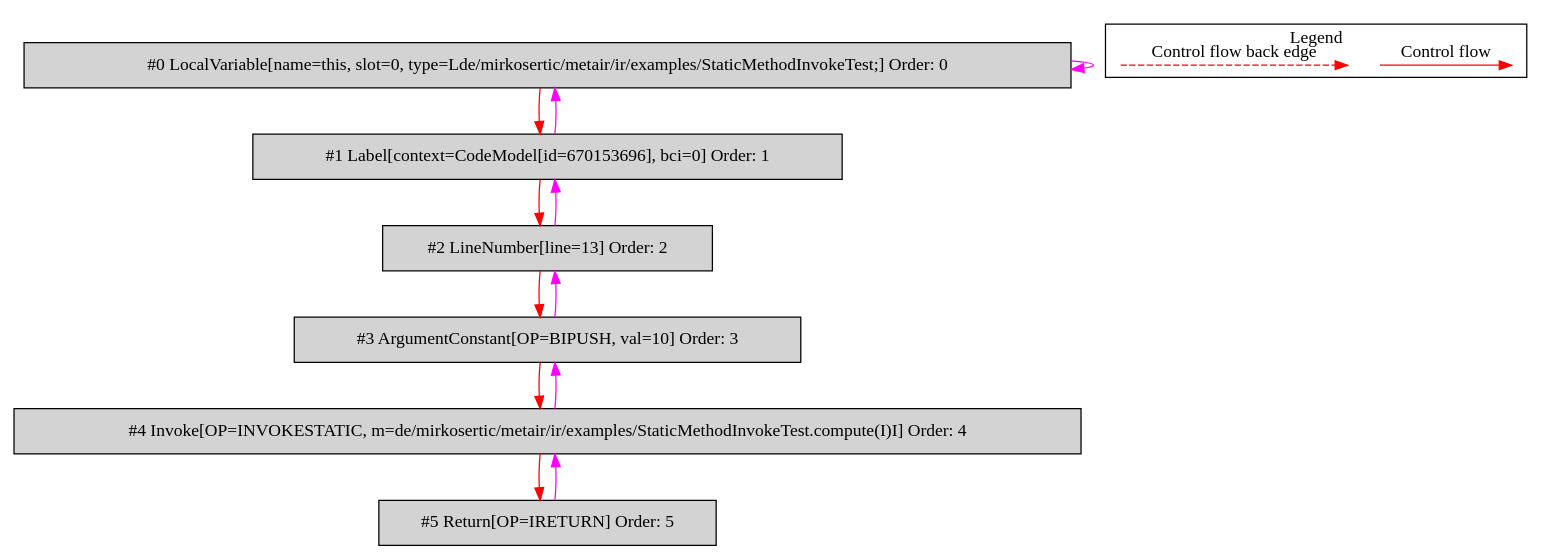
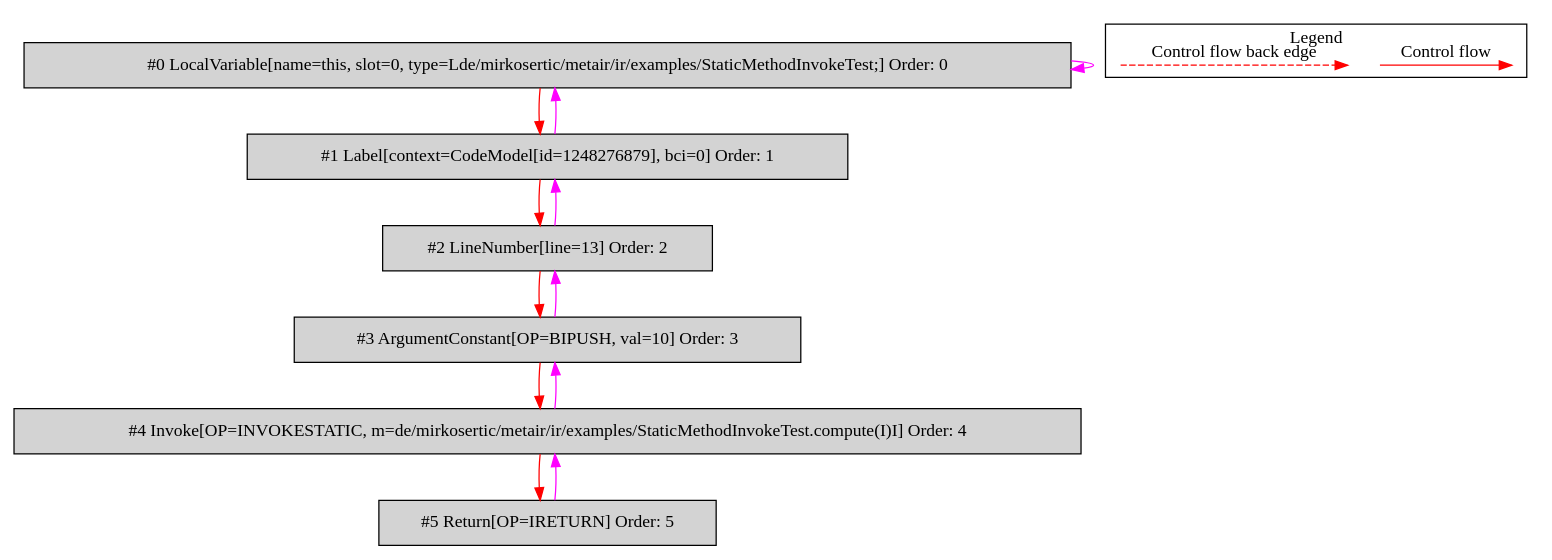
The diagram in de.mirkosertic.metair.ir.examples.StaticMethodInvokeTest/staticInvocationInMember/bytecodecfg.dot (mirkosertic/MetaIR), drawn with Graphviz before and after one commit. The commit also changed 1222 other files, not shown here.

```diff
--- a/de.mirkosertic.metair.ir.examples.StaticMethodInvokeTest/staticInvocationInMember/bytecodecfg.dot
+++ b/de.mirkosertic.metair.ir.examples.StaticMethodInvokeTest/staticInvocationInMember/bytecodecfg.dot
@@ -1,34 +1,34 @@
 digraph {
  ordering="in";
  node0[label="#0 LocalVariable[name=this, slot=0, type=Lde/mirkosertic/metair/ir/examples/StaticMethodInvokeTest;] Order: 0", shape=box, fillcolor=lightgrey, style=filled];
- node1[label="#1 Label[context=CodeModel[id=670153696], bci=0] Order: 1", shape=box, fillcolor=lightgrey, style=filled];
+ node1[label="#1 Label[context=CodeModel[id=1248276879], bci=0] Order: 1", shape=box, fillcolor=lightgrey, style=filled];
  node2[label="#2 LineNumber[line=13] Order: 2", shape=box, fillcolor=lightgrey, style=filled];
  node3[label="#3 ArgumentConstant[OP=BIPUSH, val=10] Order: 3", shape=box, fillcolor=lightgrey, style=filled];
  node4[label="#4 Invoke[OP=INVOKESTATIC, m=de/mirkosertic/metair/ir/examples/StaticMethodInvokeTest.compute(I)I] Order: 4", shape=box, fillcolor=lightgrey, style=filled];
  node5[label="#5 Return[OP=IRETURN] Order: 5", shape=box, fillcolor=lightgrey, style=filled];
  node0 -> node0[color=fuchsia];
  node0 -> node1[color=red];
  node1 -> node0[color=fuchsia];
  node1 -> node2[color=red];
  node2 -> node1[color=fuchsia];
  node2 -> node3[color=red];
  node3 -> node2[color=fuchsia];
  node3 -> node4[color=red];
  node4 -> node3[color=fuchsia];
  node4 -> node5[color=red];
  node5 -> node4[color=fuchsia];
  subgraph cluster_000 {
   label = "Legend";
   node [shape=point]
   {
    rank=same;
    c0 [style = invis];
    c1 [style = invis];
    c2 [style = invis];
    c3 [style = invis];
   }
   c0 -> c1 [label="Control flow", style=solid, color=red]
   c2 -> c3 [label="Control flow back edge", style=dashed, color=red]
  }
 
 }
```
